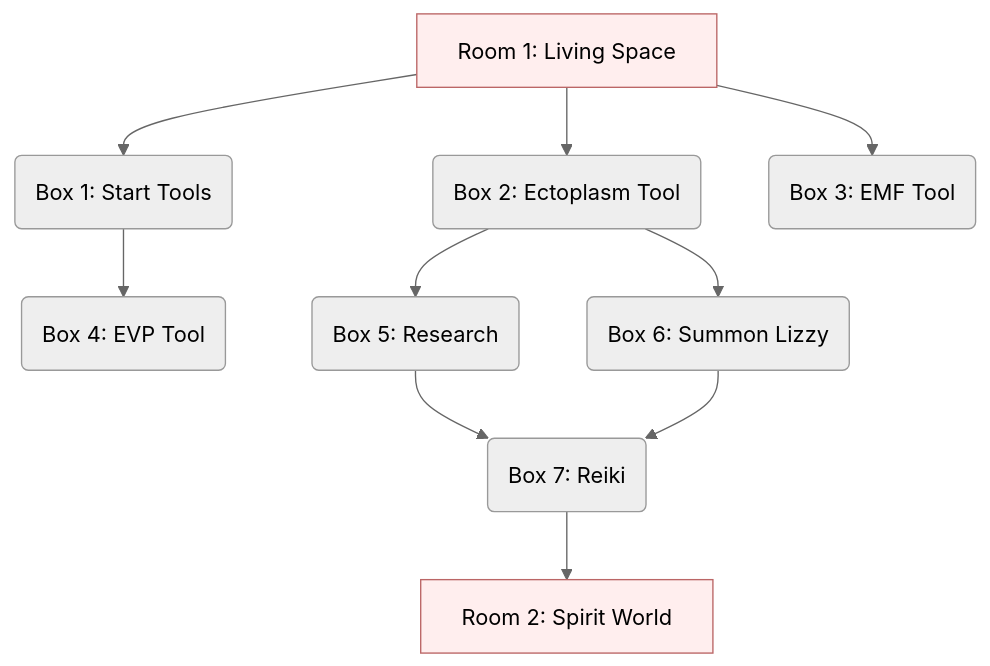
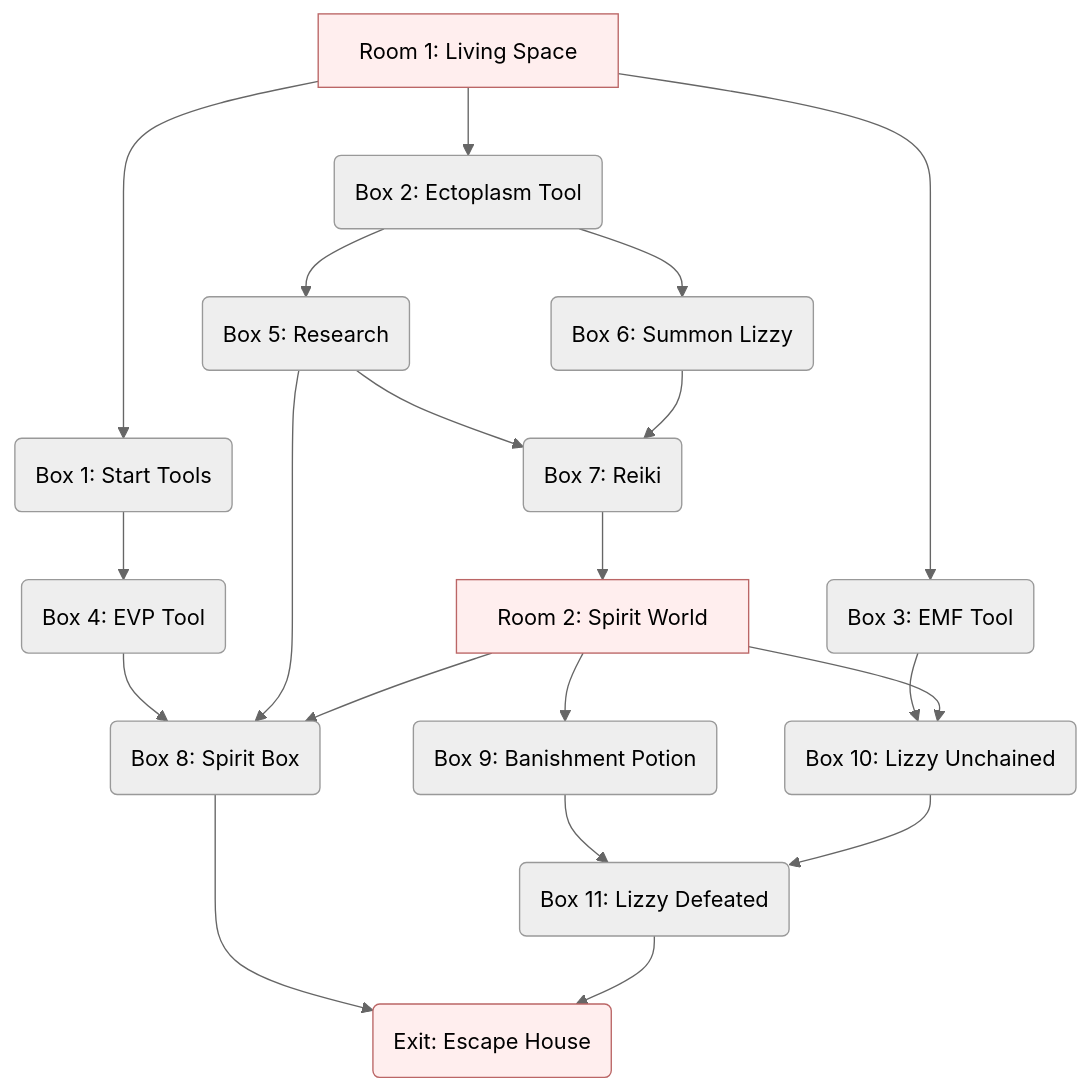
Before and after one commit to open-sesame-escape/open-sesame-escape.github.io: the diagram in content/rooms/ghost-chasers/index.md, drawn with Mermaid (neutral theme). The commit also changed other lines of this file and 3 other files, not shown here.

Commit message:
Add spirit box box to ghost chasers room

```diff
--- a/content/rooms/ghost-chasers/index.md
+++ b/content/rooms/ghost-chasers/index.md
@@ -284,14 +369,20 @@
 {{< mermaid align="center" >}}
 graph TB;
   R1[Room 1: Living Space] --> B1 & B2 & B3
   style R1 fill:#fee,stroke:#b66
   B1(Box 1: Start Tools) --> B4
   B2(Box 2: Ectoplasm Tool) --> B5 & B6
-  B3(Box 3: EMF Tool)
-  B4(Box 4: EVP Tool)
-  B5(Box 5: Research) --> B7
+  B3(Box 3: EMF Tool) --> B10
+  B4(Box 4: EVP Tool) --> B8
+  B5(Box 5: Research) --> B7 & B8
   B6(Box 6: Summon Lizzy) --> B7
   B7(Box 7: Reiki) --> R2
-  R2[Room 2: Spirit World]
+  R2[Room 2: Spirit World] --> B8 & B9 & B10
   style R2 fill:#fee,stroke:#b66
+  B8(Box 8: Spirit Box) --> E
+  B9(Box 9: Banishment Potion) --> B11
+  B10(Box 10: Lizzy Unchained) --> B11
+  B11(Box 11: Lizzy Defeated) --> E
+  E(Exit: Escape House)
+  style E fill:#fee,stroke:#b66
 {{< /mermaid >}}
```
